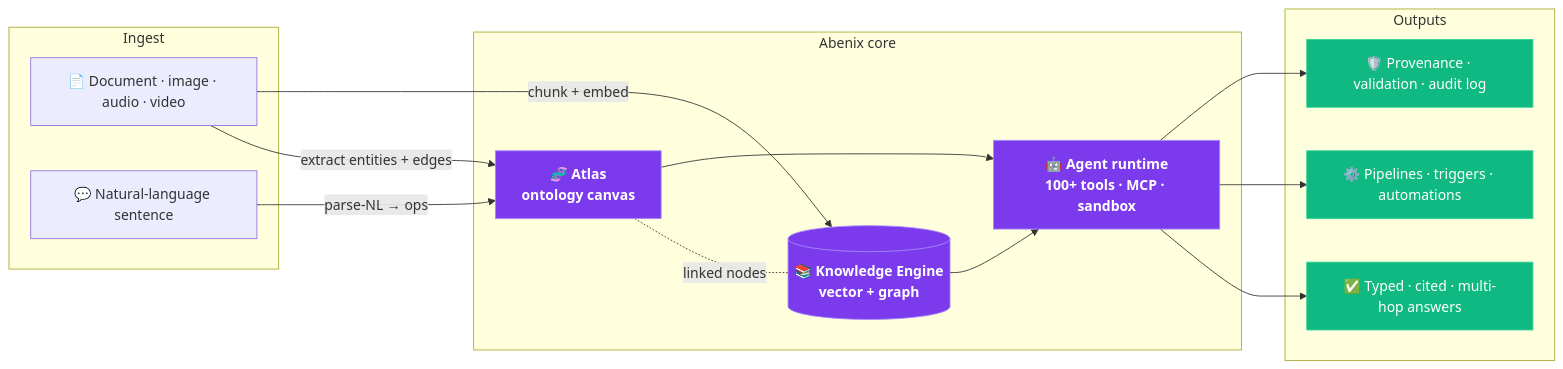
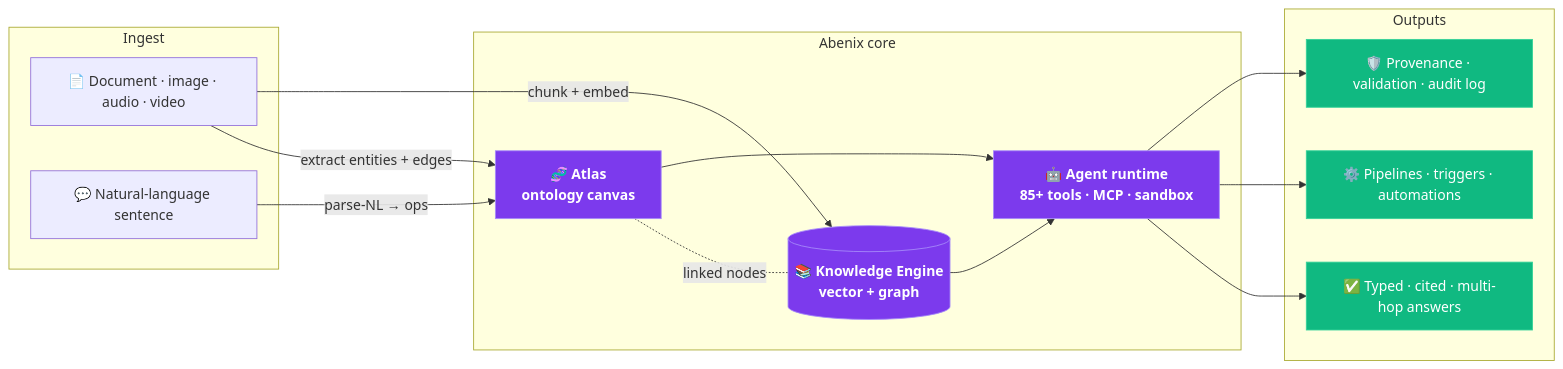
Before and after one commit to sarkar4777/abenix: the first of 10 diagrams in README.md, drawn with Mermaid. The commit also changed other lines of this file and 4 other files, not shown here.

````diff
--- a/README.md
+++ b/README.md
@@ -33,34 +33,34 @@
 ```mermaid
 flowchart LR
     subgraph ingest["Ingest"]
         DOC[📄 Document · image · audio · video]
         NL[💬 Natural-language sentence]
     end
 
     subgraph platform["Abenix core"]
         ATLAS[🧬 Atlas<br/>ontology canvas]
         KB[(📚 Knowledge Engine<br/>vector + graph)]
-        AGENTS[🤖 Agent runtime<br/>100+ tools · MCP · sandbox]
+        AGENTS[🤖 Agent runtime<br/>85+ tools · MCP · sandbox]
     end
 
     subgraph outputs["Outputs"]
         ANS[✅ Typed · cited · multi-hop answers]
         PIPE[⚙️ Pipelines · triggers · automations]
         AUDIT[🛡️ Provenance · validation · audit log]
     end
 
     DOC -->|extract entities + edges| ATLAS
     DOC -->|chunk + embed| KB
     NL -->|parse-NL → ops| ATLAS
     ATLAS -.linked nodes.- KB
     ATLAS --> AGENTS
     KB --> AGENTS
     AGENTS --> ANS
     AGENTS --> PIPE
     AGENTS --> AUDIT
 
     classDef hi fill:#7c3aed,stroke:#a78bfa,color:#fff,font-weight:bold;
     classDef out fill:#10b981,stroke:#34d399,color:#fff;
     class ATLAS,KB,AGENTS hi;
     class ANS,PIPE,AUDIT out;
 ```
````
